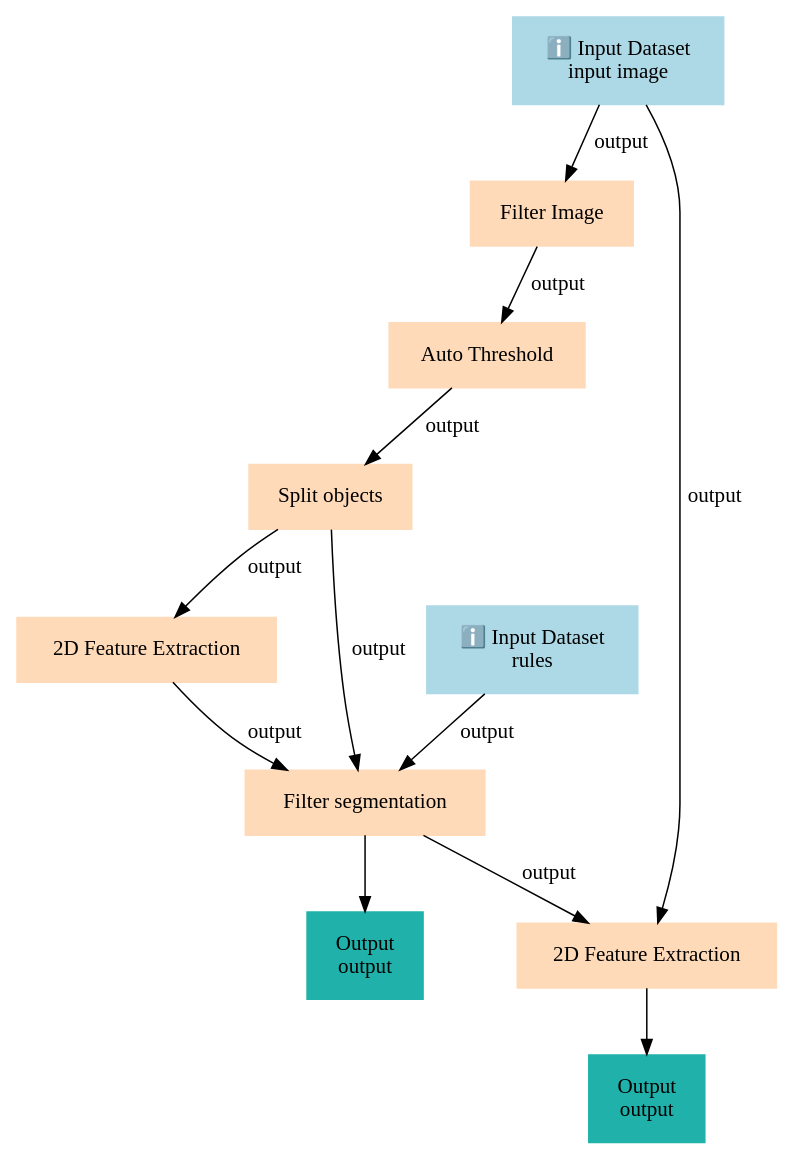
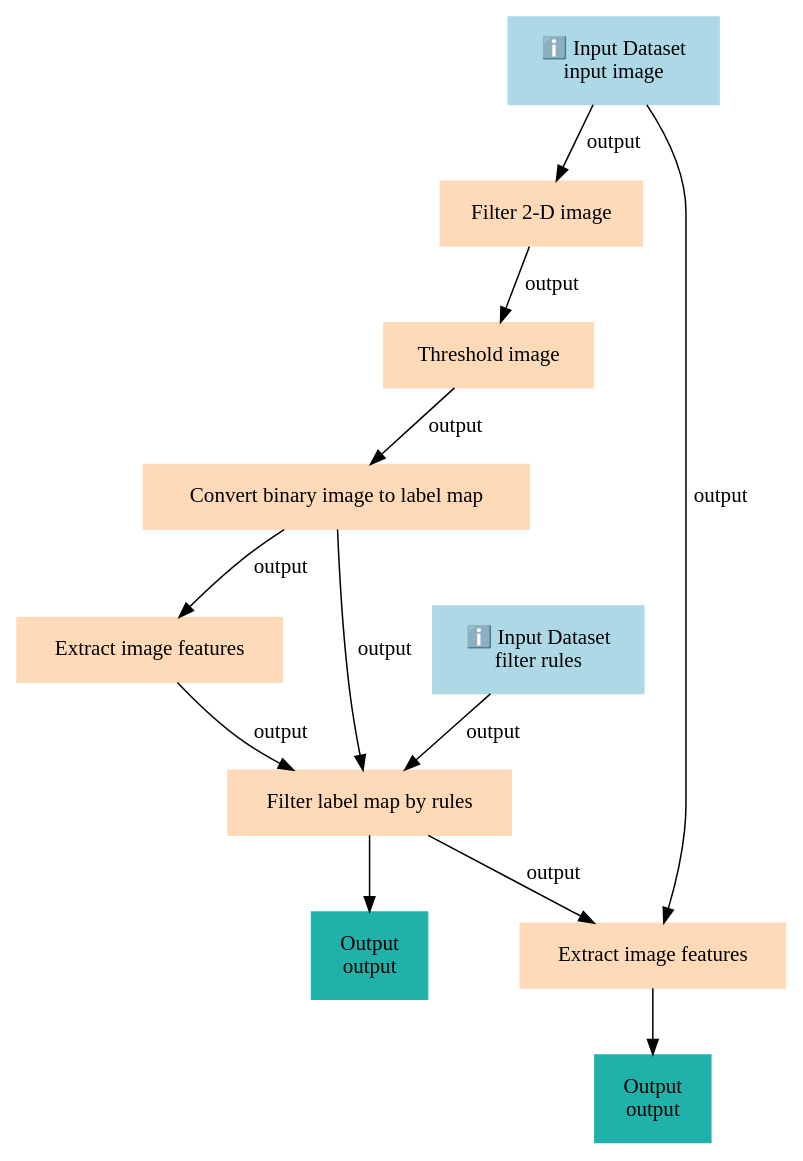
Before and after one commit to galaxyproject/training-material: the diagram in api/workflows/imaging/hela-screen-analysis/feature-extraction/graph.dot, drawn with Graphviz. The commit also changed 7623 other files, not shown here.

```diff
--- a/api/workflows/imaging/hela-screen-analysis/feature-extraction/graph.dot
+++ b/api/workflows/imaging/hela-screen-analysis/feature-extraction/graph.dot
@@ -1,25 +1,25 @@
 digraph main {
   node [fontname="Atkinson Hyperlegible", shape=box, color=white,style=filled,color=peachpuff,margin="0.2,0.2"];
   edge [fontname="Atkinson Hyperlegible"];
   0[color=lightblue,label="ℹ️ Input Dataset\ninput image"]
-  1[color=lightblue,label="ℹ️ Input Dataset\nrules"]
-  2[label="Filter Image"]
+  1[color=lightblue,label="ℹ️ Input Dataset\nfilter rules"]
+  2[label="Filter 2-D image"]
   0 -> 2 [label="output"]
-  3[label="Auto Threshold"]
+  3[label="Threshold image"]
   2 -> 3 [label="output"]
-  4[label="Split objects"]
+  4[label="Convert binary image to label map"]
   3 -> 4 [label="output"]
-  5[label="2D Feature Extraction"]
+  5[label="Extract image features"]
   4 -> 5 [label="output"]
-  6[label="Filter segmentation"]
+  6[label="Filter label map by rules"]
   5 -> 6 [label="output"]
   4 -> 6 [label="output"]
   1 -> 6 [label="output"]
-  kb90cbc9433fd460096b58cf0bcaf2e94[color=lightseagreen,label="Output\noutput"]
-  6 -> kb90cbc9433fd460096b58cf0bcaf2e94
-  7[label="2D Feature Extraction"]
+  kf6f7f6380f3c404eab2e5281a0393060[color=lightseagreen,label="Output\noutput"]
+  6 -> kf6f7f6380f3c404eab2e5281a0393060
+  7[label="Extract image features"]
   6 -> 7 [label="output"]
   0 -> 7 [label="output"]
-  k3d3c037a50ef443ba6f88a37db6bfb36[color=lightseagreen,label="Output\noutput"]
-  7 -> k3d3c037a50ef443ba6f88a37db6bfb36
+  k31da5e2719fe465e95f096d3f6dcaba4[color=lightseagreen,label="Output\noutput"]
+  7 -> k31da5e2719fe465e95f096d3f6dcaba4
 }
```
